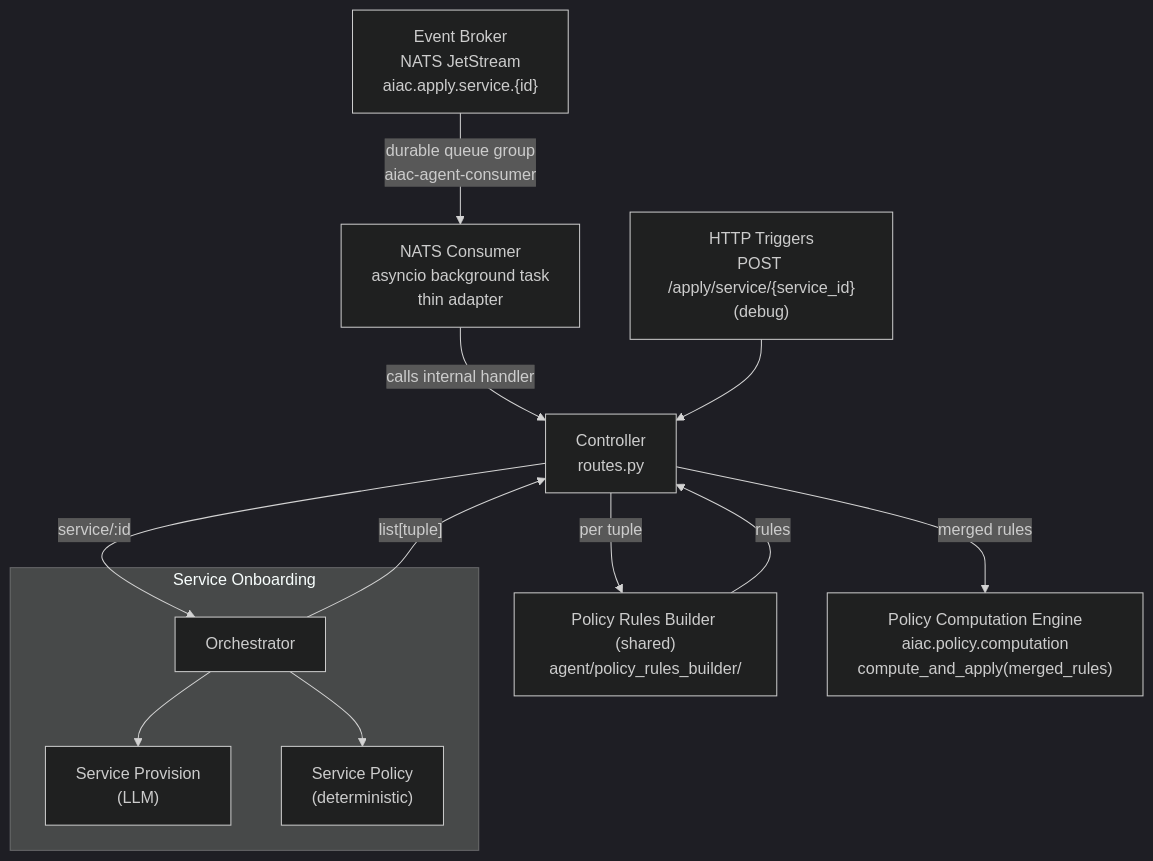
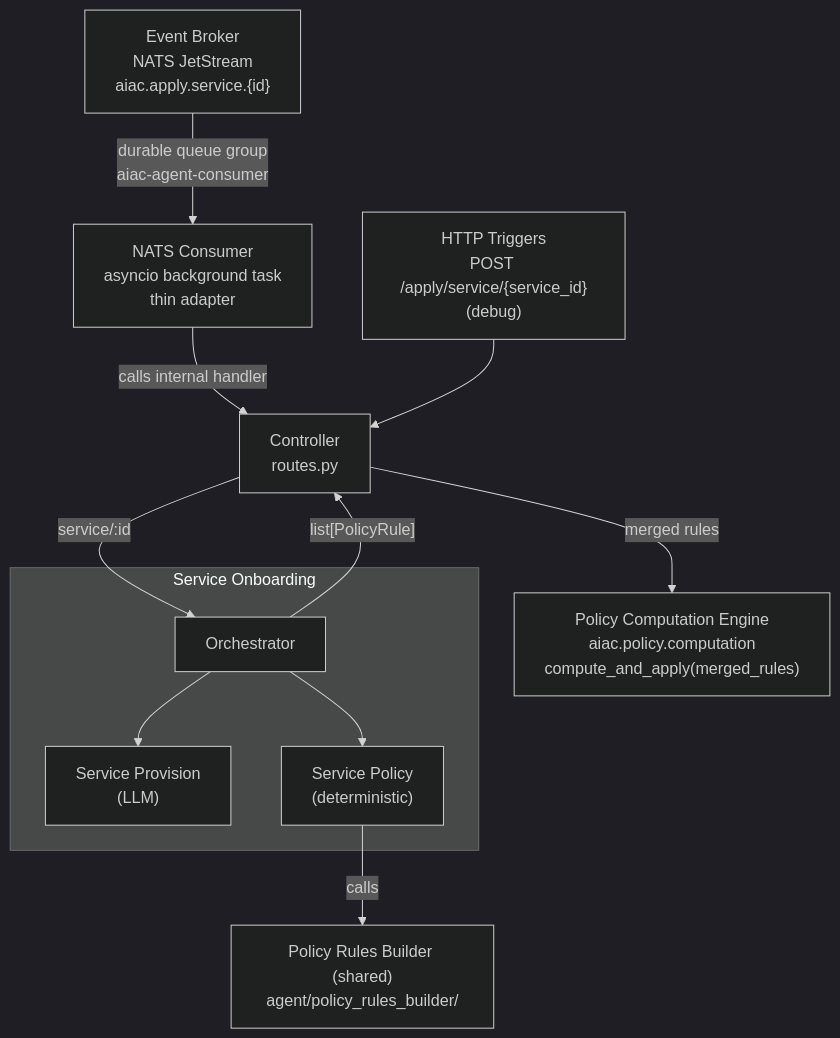
Before and after one commit to rossoctl/aiac: the diagram in inception/requirements/components/aiac-agent/uc1-service-onboarding.md, drawn with Mermaid (dark theme). The commit also changed other lines of this file and 4 other files, not shown here.

First line of the commit message:
docs(aiac-agent): move PRB calls from Controller into producing sub-agents

````diff
--- a/inception/requirements/components/aiac-agent/uc1-service-onboarding.md
+++ b/inception/requirements/components/aiac-agent/uc1-service-onboarding.md
@@ -21,28 +21,27 @@
 ```mermaid
 flowchart TD
     NATS["Event Broker\nNATS JetStream\naiac.apply.service.{id}"]
     NATS_CONSUMER["NATS Consumer\nasyncio background task\nthin adapter"]
     TRIGGERS["HTTP Triggers\nPOST /apply/service/{service_id}\n(debug)"]
     CTRL["Controller\nroutes.py"]
 
     NATS -->|"durable queue group\naiac-agent-consumer"| NATS_CONSUMER
     NATS_CONSUMER -->|"calls internal handler"| CTRL
     TRIGGERS --> CTRL
 
     subgraph CO["Service Onboarding"]
         ORC["Orchestrator"]
         SA_PROV["Service Provision\n(LLM)"]
         SA_POL["Service Policy\n(deterministic)"]
         ORC --> SA_PROV
         ORC --> SA_POL
     end
 
     PRB["Policy Rules Builder (shared)\nagent/policy_rules_builder/"]
     PCE["Policy Computation Engine\naiac.policy.computation\ncompute_and_apply(merged_rules)"]
 
     CTRL -->|"service/:id"| ORC
-    ORC -->|"list[tuple]"| CTRL
-    CTRL -->|"per tuple"| PRB
-    PRB -->|"rules"| CTRL
+    SA_POL -->|"calls"| PRB
+    ORC -->|"list[PolicyRule]"| CTRL
     CTRL -->|"merged rules"| PCE
 ```
````
